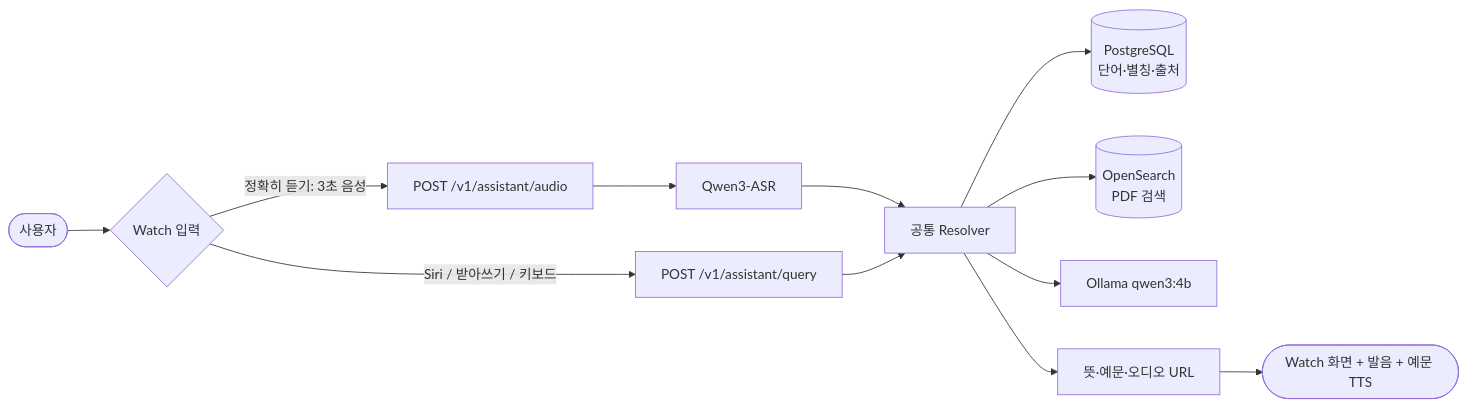
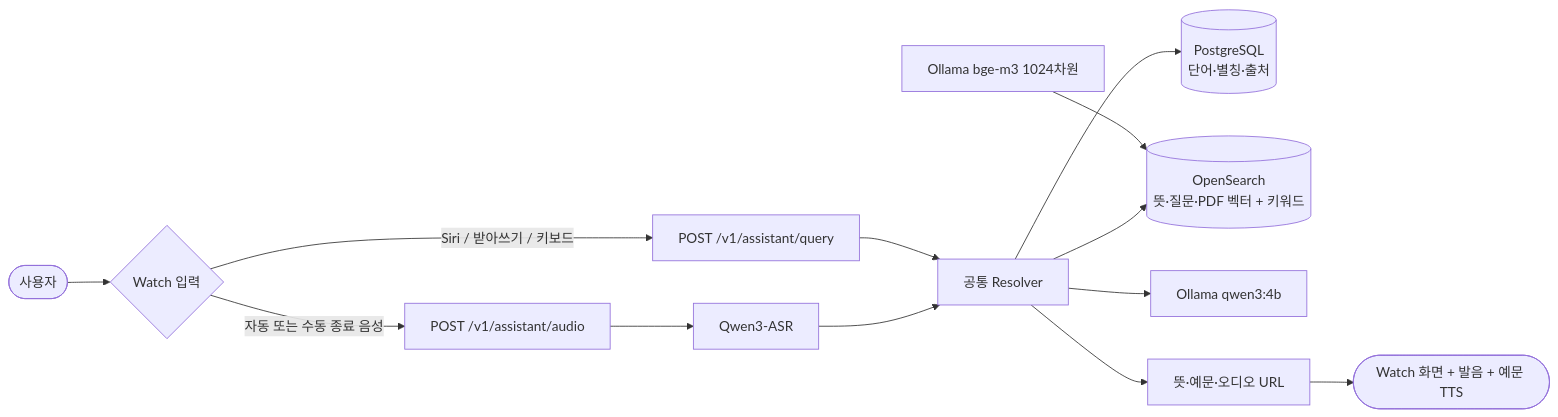
Before and after one commit to sp-daewoon/talkievoca-control: the diagram in README.md, drawn with Mermaid. The commit also changed other lines of this file and 6 other files, not shown here.

````diff
--- a/README.md
+++ b/README.md
@@ -19,14 +19,15 @@
 ```mermaid
 flowchart LR
     U([사용자]) --> W{Watch 입력}
     W -->|Siri / 받아쓰기 / 키보드| Q[POST /v1/assistant/query]
-    W -->|정확히 듣기: 3초 음성| A[POST /v1/assistant/audio]
+    W -->|자동 또는 수동 종료 음성| A[POST /v1/assistant/audio]
     A --> ASR[Qwen3-ASR]
     ASR --> R[공통 Resolver]
     Q --> R
     R --> DB[(PostgreSQL\n단어·별칭·출처)]
-    R --> OS[(OpenSearch\nPDF 검색)]
+    R --> OS[(OpenSearch\n뜻·질문·PDF 벡터 + 키워드)]
+    EMB[Ollama bge-m3 1024차원] --> OS
     R --> SLM[Ollama qwen3:4b]
     R --> F[뜻·예문·오디오 URL]
     F --> P([Watch 화면 + 발음 + 예문 TTS])
 ```
````
